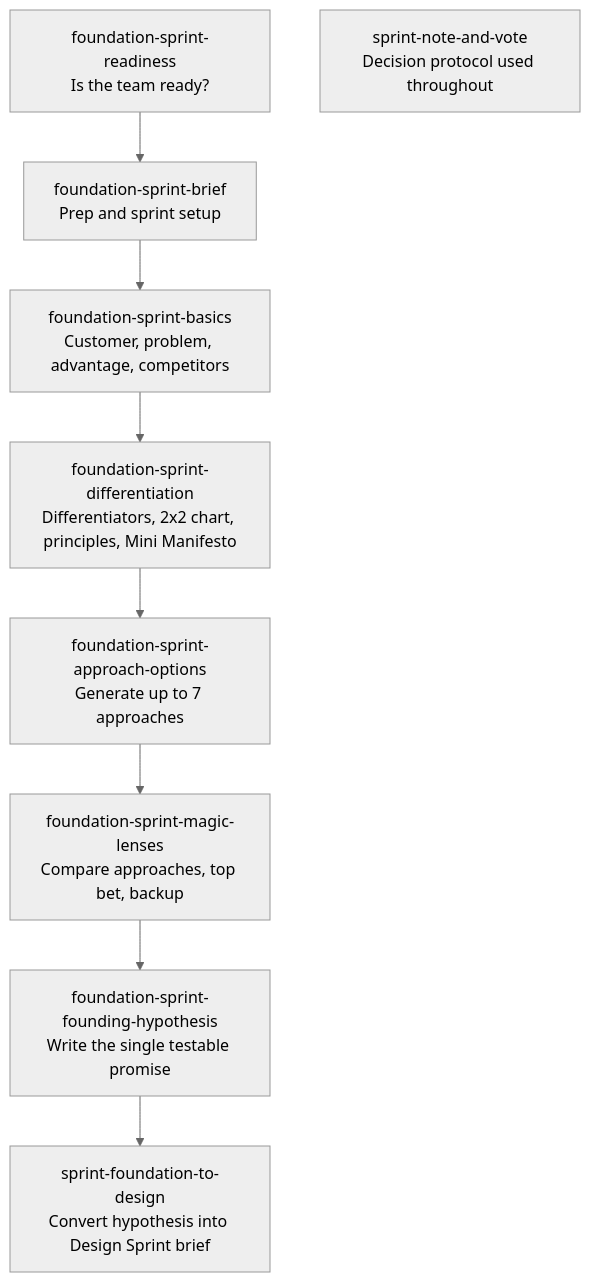
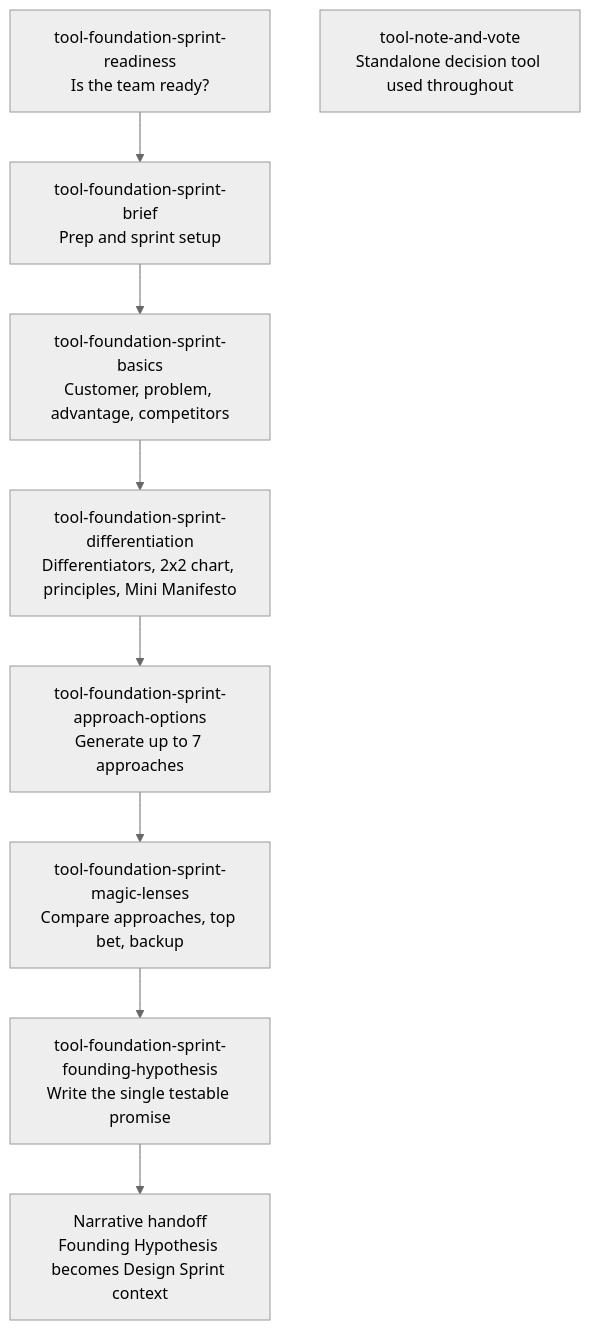
The ninth of 9 diagrams in docs/concepts/foundation-sprint.md (product-on-purpose/pm-skills), drawn with Mermaid (neutral theme) before and after one commit. The commit also changed other lines of this file and 8 other files, not shown here.

````diff
--- a/docs/concepts/foundation-sprint.md
+++ b/docs/concepts/foundation-sprint.md
@@ -335,11 +335,11 @@
 ```mermaid
 flowchart TD
-    Readiness[foundation-sprint-readiness<br/>Is the team ready?] --> Brief[foundation-sprint-brief<br/>Prep and sprint setup]
-    Brief --> Basics[foundation-sprint-basics<br/>Customer, problem, advantage, competitors]
-    Basics --> Diff[foundation-sprint-differentiation<br/>Differentiators, 2x2 chart, principles, Mini Manifesto]
-    Diff --> Options[foundation-sprint-approach-options<br/>Generate up to 7 approaches]
-    Options --> Lenses[foundation-sprint-magic-lenses<br/>Compare approaches, top bet, backup]
-    Lenses --> Hypothesis[foundation-sprint-founding-hypothesis<br/>Write the single testable promise]
-    Hypothesis --> Bridge[sprint-foundation-to-design<br/>Convert hypothesis into Design Sprint brief]
-    NoteVote[sprint-note-and-vote<br/>Decision protocol used throughout]
+    Readiness[tool-foundation-sprint-readiness<br/>Is the team ready?] --> Brief[tool-foundation-sprint-brief<br/>Prep and sprint setup]
+    Brief --> Basics[tool-foundation-sprint-basics<br/>Customer, problem, advantage, competitors]
+    Basics --> Diff[tool-foundation-sprint-differentiation<br/>Differentiators, 2x2 chart, principles, Mini Manifesto]
+    Diff --> Options[tool-foundation-sprint-approach-options<br/>Generate up to 7 approaches]
+    Options --> Lenses[tool-foundation-sprint-magic-lenses<br/>Compare approaches, top bet, backup]
+    Lenses --> Hypothesis[tool-foundation-sprint-founding-hypothesis<br/>Write the single testable promise]
+    Hypothesis --> Handoff[Narrative handoff<br/>Founding Hypothesis becomes Design Sprint context]
+    NoteVote[tool-note-and-vote<br/>Standalone decision tool used throughout]
 ```
````
